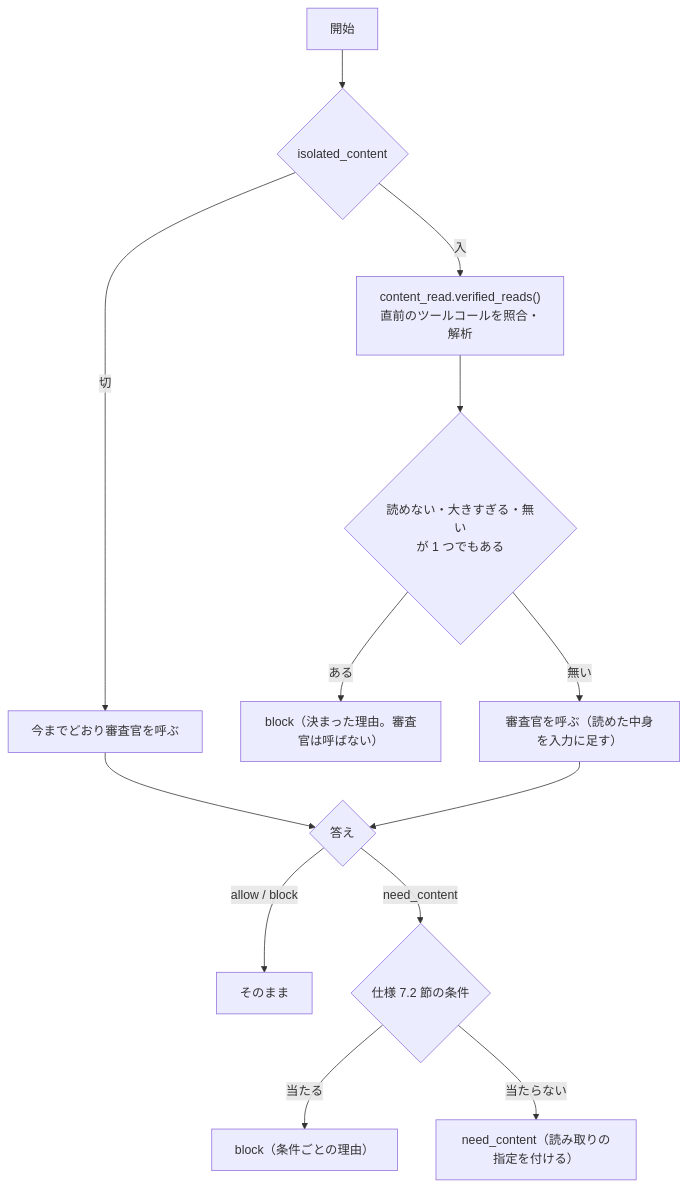
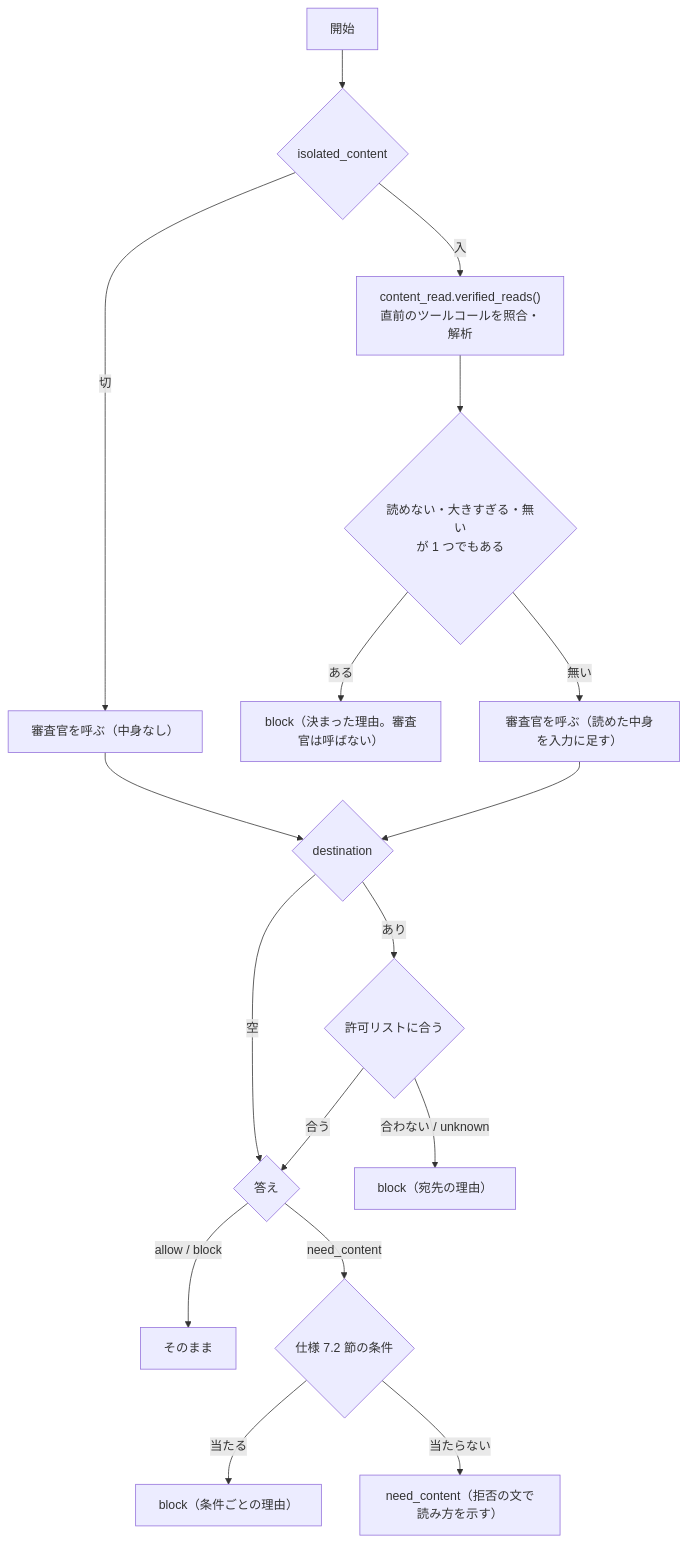
Before and after one commit to notfolder/litellm-agent-gateway-lab: the second of 2 diagrams in .history/2026-10-13-送信するファイルの中身の審査/変更設計書.md, drawn with Mermaid. The commit also changed other lines of this file and 2 other files, not shown here.

````diff
--- a/.history/2026-10-13-送信するファイルの中身の審査/変更設計書.md
+++ b/.history/2026-10-13-送信するファイルの中身の審査/変更設計書.md
@@ -68,15 +75,19 @@
 ```mermaid
 flowchart TD
     S["開始"] --> E{"isolated_content"}
-    E -- "切" --> J0["今までどおり審査官を呼ぶ"]
+    E -- "切" --> J0["審査官を呼ぶ（中身なし）"]
     E -- "入" --> R["content_read.verified_reads()<br/>直前のツールコールを照合・解析"]
     R --> B{"読めない・大きすぎる・無い<br/>が 1 つでもある"}
     B -- "ある" --> X["block（決まった理由。審査官は呼ばない）"]
     B -- "無い" --> J1["審査官を呼ぶ（読めた中身を入力に足す）"]
-    J0 --> D{"答え"}
-    J1 --> D
+    J0 --> A{"destination"}
+    J1 --> A
+    A -- "空" --> D
+    A -- "あり" --> L{"許可リストに合う"}
+    L -- "合わない / unknown" --> X3["block（宛先の理由）"]
+    L -- "合う" --> D{"答え"}
     D -- "allow / block" --> V["そのまま"]
     D -- "need_content" --> C{"仕様 7.2 節の条件"}
     C -- "当たる" --> X2["block（条件ごとの理由）"]
-    C -- "当たらない" --> N["need_content（読み取りの指定を付ける）"]
+    C -- "当たらない" --> N["need_content（拒否の文で読み方を示す）"]
 ```
````
